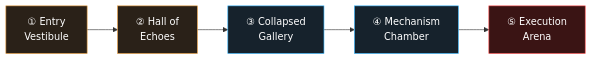
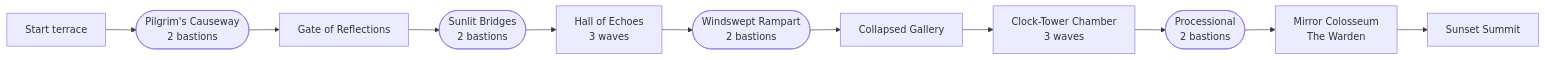
The diagram in README.md (th-efool/Parallax), drawn with Mermaid before and after one commit. The commit also changed other lines of this file and 29 other files, not shown here.

````diff
--- a/README.md
+++ b/README.md
@@ -141,9 +212,8 @@
 ```mermaid
 flowchart LR
-    A["① Entry<br/>Vestibule"] --> B["② Hall of<br/>Echoes"] --> C["③ Collapsed<br/>Gallery"] --> D["④ Mechanism<br/>Chamber"] --> E["⑤ Execution<br/>Arena"]
-    style A fill:#2a2118,stroke:#E69938,color:#fff
-    style B fill:#2a2118,stroke:#E69938,color:#fff
-    style C fill:#16222c,stroke:#33B5FF,color:#fff
-    style D fill:#16222c,stroke:#33B5FF,color:#fff
-    style E fill:#3a1414,stroke:#ff4d4d,color:#fff
+    T["Start terrace"] --> R1(["Pilgrim's Causeway<br/>2 bastions"]) --> G["Gate of Reflections"]
+    G --> R2(["Sunlit Bridges<br/>2 bastions"]) --> H["Hall of Echoes<br/>3 waves"]
+    H --> R3(["Windswept Rampart<br/>2 bastions"]) --> C["Collapsed Gallery"]
+    C --> M["Clock-Tower Chamber<br/>3 waves"]
+    M --> R5(["Processional<br/>2 bastions"]) --> A["Mirror Colosseum<br/>The Warden"] --> S["Sunset Summit"]
 ```
````
